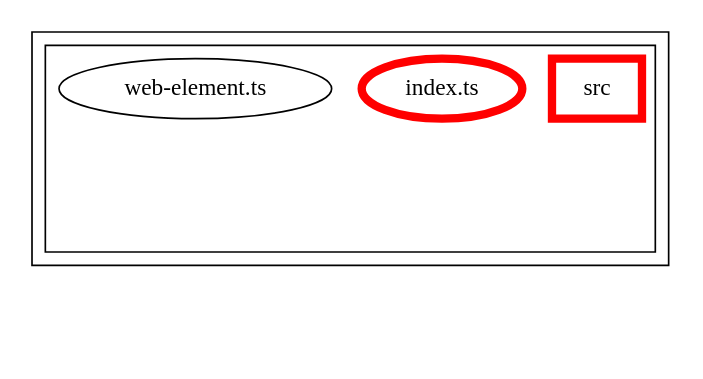
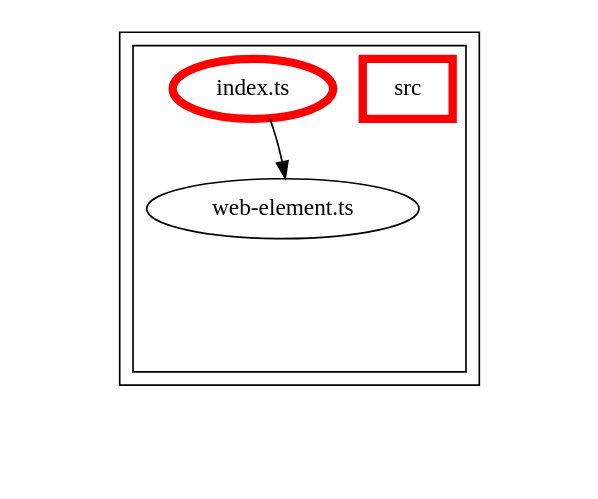
Before and after one commit to Siteimprove/alfa-integrations: the diagram in packages/alfa-webdriver/docs/dependency-graph.dot, drawn with Graphviz. The commit also changed 11 other files, not shown here.

First line of the commit message:
Update dependency graphs (#65)

```diff
--- a/packages/alfa-webdriver/docs/dependency-graph.dot
+++ b/packages/alfa-webdriver/docs/dependency-graph.dot
@@ -1,55 +1,65 @@
 digraph "dependency-graph-[object Object]" {
   compound = true;
   "dependency-graph-[object Object]" [
     style = "invis";
   ];
+  "src/web-element.ts";
   subgraph "cluster_src" {
     color = "#000000";
     label = "";
     "name_src" [
       penwidth = 5;
       shape = "rectangle";
       color = "#ff0000";
       label = "src";
     ];
     "exit_src" [
       style = "invis";
     ];
     subgraph "cluster_src" {
       color = "#000000";
       label = "";
       "name_src" [
         penwidth = 5;
         shape = "rectangle";
         color = "#ff0000";
         label = "src";
       ];
       "exit_src" [
         style = "invis";
       ];
       "src/index.ts" [
         label = "index.ts";
         color = "#ff0000";
         penwidth = 5;
       ];
       "src/web-element.ts" [
         label = "web-element.ts";
       ];
       "src/index.ts" -> "exit_src" [
         style = "invis";
       ];
       "src/web-element.ts" -> "exit_src" [
         style = "invis";
       ];
     }
     "exit_src" -> "exit_src" [
       style = "invis";
     ];
     "exit_src" -> "exit_src" [
       style = "invis";
     ];
   }
   "exit_src" -> "dependency-graph-[object Object]" [
     style = "invis";
   ];
+  "src/index.ts" -> "src/web-element.ts" [
+    style = "invis";
+  ];
+  "src/index.ts" -> "src/web-element.ts" [
+    style = "solid";
+    ltail = "cluster_src/index.ts";
+    lhead = "cluster_src/web-element.ts";
+    color = "black";
+  ];
 }
```
